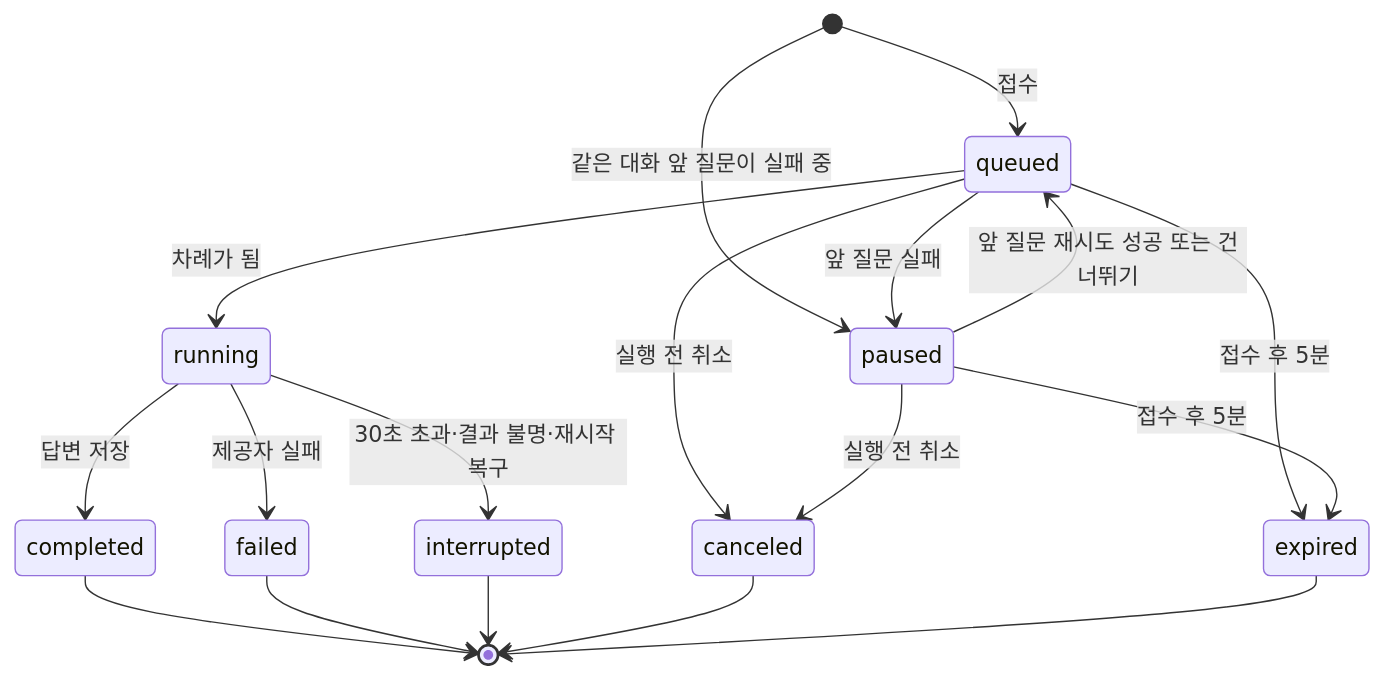
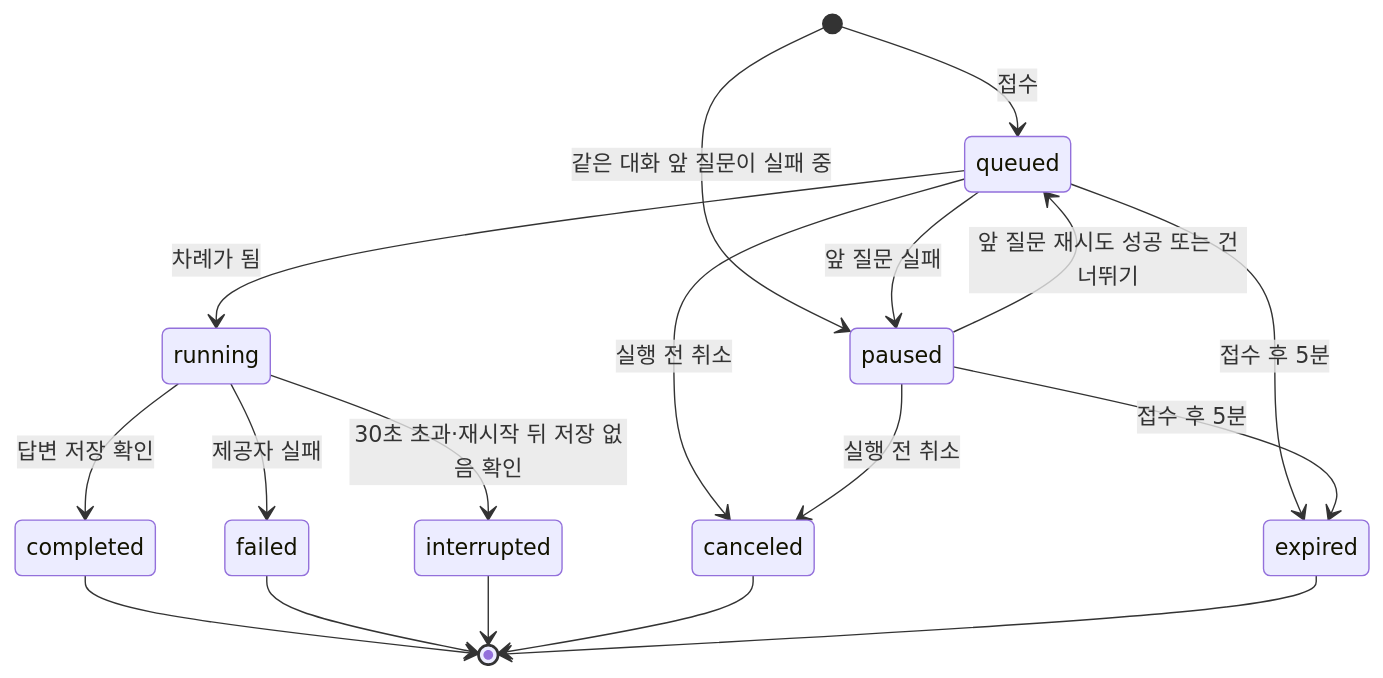
One commit to next-stop-siren/Next-Stop-Siren changed the diagram in docs/04-reference/chat-queue-api-draft.md. Above: the diagram before and after it, drawn with Mermaid. The commit also changed other lines of this file, not shown here.

````diff
--- a/docs/04-reference/chat-queue-api-draft.md
+++ b/docs/04-reference/chat-queue-api-draft.md
@@ -110,20 +110,20 @@
 ```mermaid
 stateDiagram-v2
   [*] --> queued: 접수
   [*] --> paused: 같은 대화 앞 질문이 실패 중
   queued --> paused: 앞 질문 실패
   paused --> queued: 앞 질문 재시도 성공 또는 건너뛰기
   queued --> running: 차례가 됨
   queued --> canceled: 실행 전 취소
   paused --> canceled: 실행 전 취소
   queued --> expired: 접수 후 5분
   paused --> expired: 접수 후 5분
-  running --> completed: 답변 저장
+  running --> completed: 답변 저장 확인
   running --> failed: 제공자 실패
-  running --> interrupted: 30초 초과·결과 불명·재시작 복구
+  running --> interrupted: 30초 초과·재시작 뒤 저장 없음 확인
   completed --> [*]
   failed --> [*]
   interrupted --> [*]
   canceled --> [*]
   expired --> [*]
 ```
````
